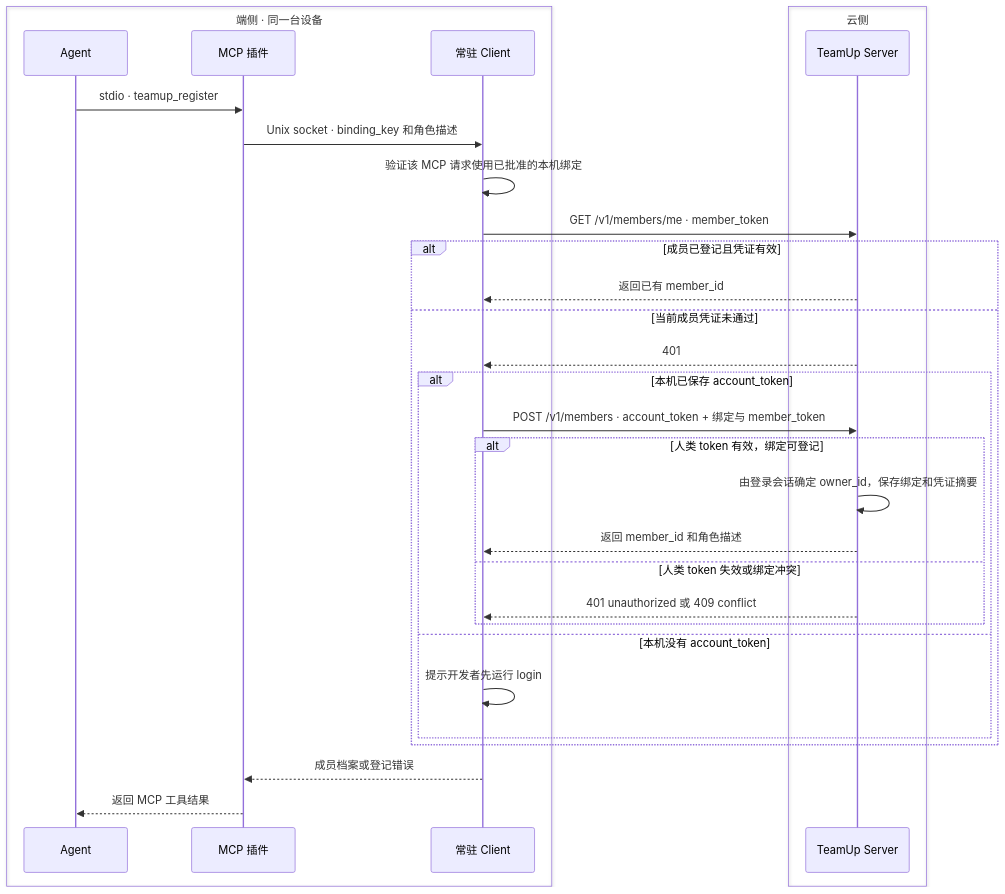
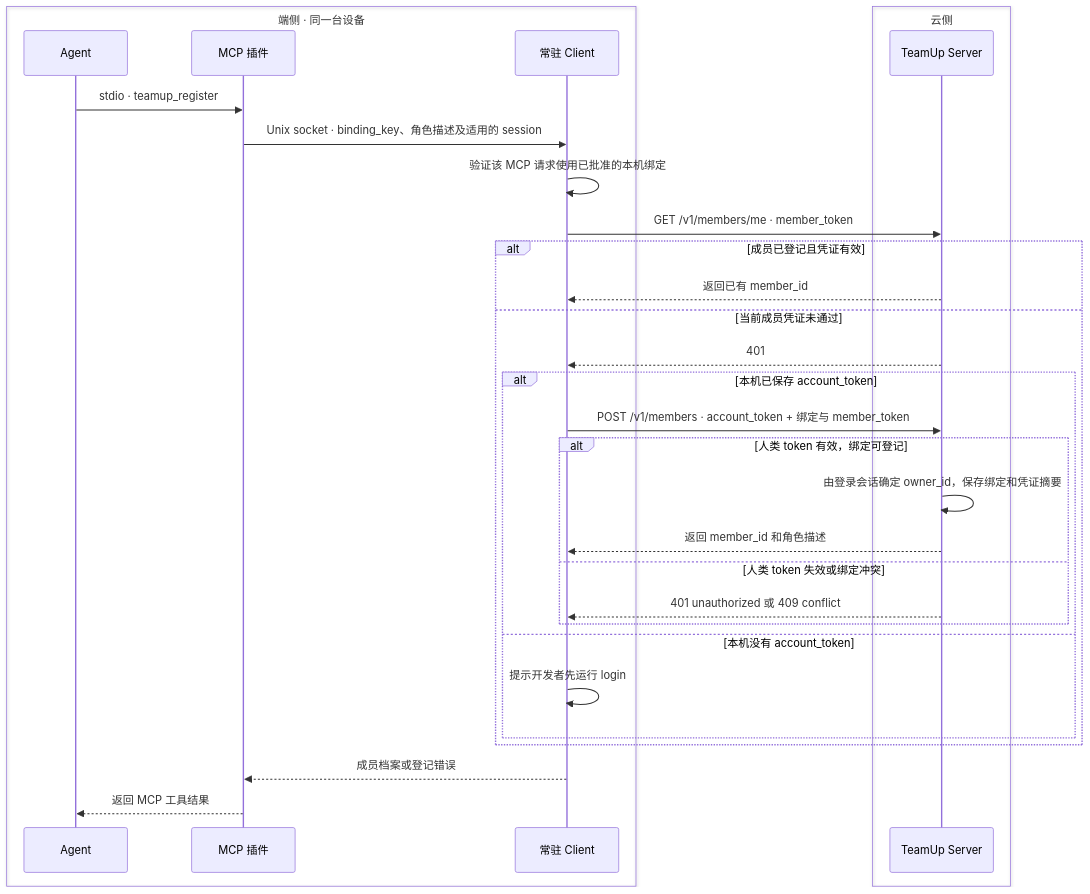
One commit to Jianyu010/TeamUp changed the second of 4 diagrams in docs/implementation/authentication/README.md. Above: the diagram before and after it, drawn with Mermaid. The commit also changed other lines of this file and 12 other files, not shown here.

````diff
--- a/docs/implementation/authentication/README.md
+++ b/docs/implementation/authentication/README.md
@@ -56,34 +56,34 @@
 ```mermaid
 sequenceDiagram
     box transparent 端侧 · 同一台设备
         participant A as Agent
         participant M as MCP 插件
         participant C as 常驻 Client
     end
     box transparent 云侧
         participant S as TeamUp Server
     end
 
     A->>M: stdio · teamup_register
-    M->>C: Unix socket · binding_key 和角色描述
+    M->>C: Unix socket · binding_key、角色描述及适用的 session
     C->>C: 验证该 MCP 请求使用已批准的本机绑定
     C->>S: GET /v1/members/me · member_token
     alt 成员已登记且凭证有效
         S-->>C: 返回已有 member_id
     else 当前成员凭证未通过
         S-->>C: 401
         alt 本机已保存 account_token
             C->>S: POST /v1/members · account_token + 绑定与 member_token
             alt 人类 token 有效，绑定可登记
                 S->>S: 由登录会话确定 owner_id，保存绑定和凭证摘要
                 S-->>C: 返回 member_id 和角色描述
             else 人类 token 失效或绑定冲突
                 S-->>C: 401 unauthorized 或 409 conflict
             end
         else 本机没有 account_token
             C->>C: 提示开发者先运行 login
         end
     end
     C-->>M: 成员档案或登记错误
     M-->>A: 返回 MCP 工具结果
 ```
````
